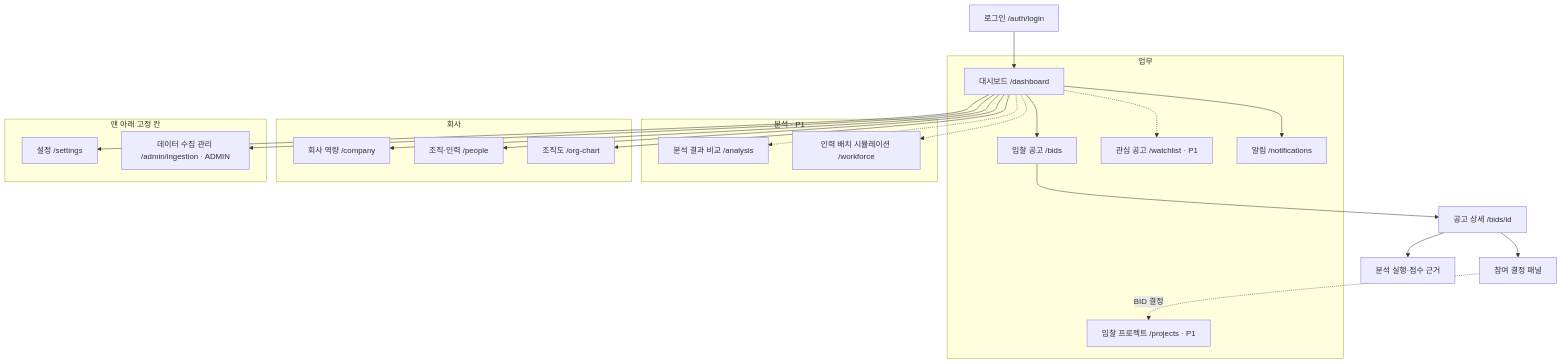
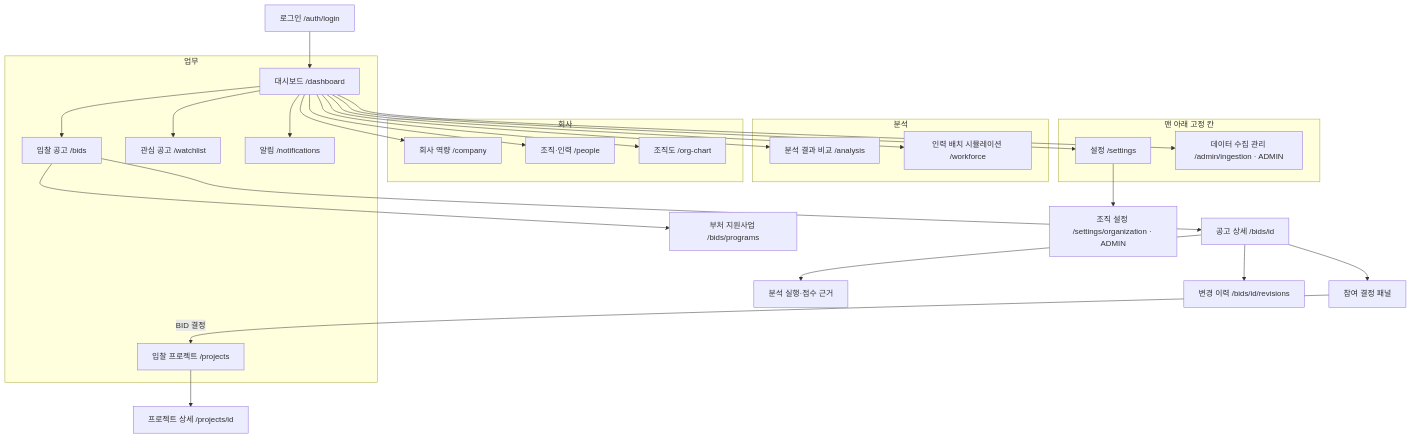
The diagram in docs/06-UI-UX.md (solideoai/sol-radar), drawn with Mermaid before and after one commit. The commit also changed other lines of this file and 1 other file, not shown here.

````diff
--- a/docs/06-UI-UX.md
+++ b/docs/06-UI-UX.md
@@ -32,38 +27,42 @@
 ```mermaid
 flowchart TD
  L[로그인 /auth/login] --> D
  subgraph 업무
   D[대시보드 /dashboard]
   B[입찰 공고 /bids]
-  W[관심 공고 /watchlist · P1]
-  P[입찰 프로젝트 /projects · P1]
+  W[관심 공고 /watchlist]
+  P[입찰 프로젝트 /projects]
   N[알림 /notifications]
  end
- subgraph 분석[분석 · P1]
+ subgraph 분석[분석]
   AN[분석 결과 비교 /analysis]
   WF[인력 배치 시뮬레이션 /workforce]
  end
  subgraph 회사
   C[회사 역량 /company]
   O[조직·인력 /people]
   OC[조직도 /org-chart]
  end
  subgraph 고정칸[맨 아래 고정 칸]
   ST[설정 /settings]
   M[데이터 수집 관리 /admin/ingestion · ADMIN]
  end
  D --> B
  B --> S[공고 상세 /bids/id]
  S --> A[분석 실행·점수 근거]
  S --> R[참여 결정 패널]
  D --> N
  D --> C
  D --> O
  D --> ST
  D --> M
  D --> OC
- D -.-> W
- D -.-> AN
- D -.-> WF
- R -.->|BID 결정| P
+ D --> W
+ D --> AN
+ D --> WF
+ R -->|BID 결정| P
+ B --> PG[부처 지원사업 /bids/programs]
+ S --> RV[변경 이력 /bids/id/revisions]
+ P --> PD[프로젝트 상세 /projects/id]
+ ST --> SO[조직 설정 /settings/organization · ADMIN]
 ```
````
